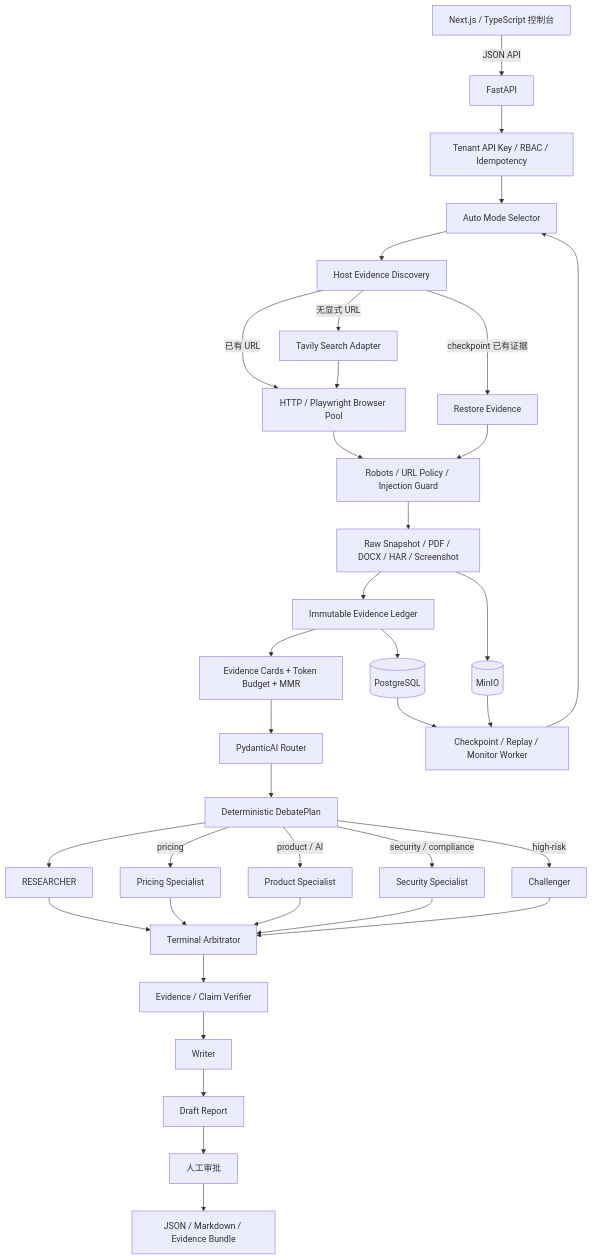
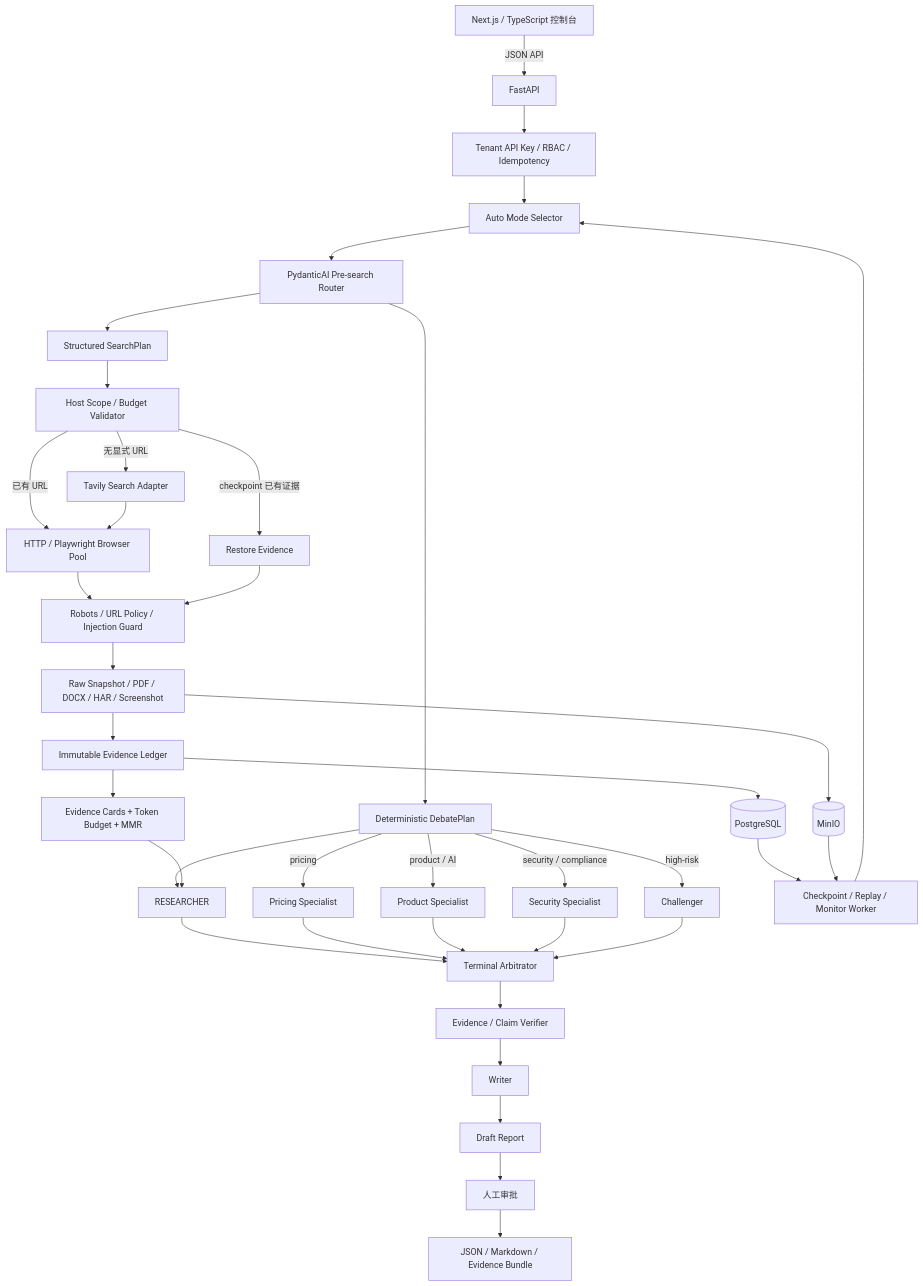
Before and after one commit to oswine/competitor-pilot: the diagram in README.md, drawn with Mermaid. The commit also changed other lines of this file and 7 other files, not shown here.

Commit message:
feat: add structured pre-search routing

````diff
--- a/README.md
+++ b/README.md
@@ -24,38 +24,40 @@
 ```mermaid
 flowchart TD
     UI[Next.js / TypeScript 控制台] -->|JSON API| API[FastAPI]
     API --> AUTH[Tenant API Key / RBAC / Idempotency]
     AUTH --> MODE[Auto Mode Selector]
-    MODE --> DISCOVER[Host Evidence Discovery]
-    DISCOVER -->|无显式 URL| SEARCH[Tavily Search Adapter]
-    DISCOVER -->|已有 URL| BROWSER[HTTP / Playwright Browser Pool]
+    MODE --> ROUTER[PydanticAI Pre-search Router]
+    ROUTER --> SPLAN[Structured SearchPlan]
+    SPLAN --> GATE[Host Scope / Budget Validator]
+    GATE -->|无显式 URL| SEARCH[Tavily Search Adapter]
+    GATE -->|已有 URL| BROWSER[HTTP / Playwright Browser Pool]
     SEARCH --> BROWSER
-    DISCOVER -->|checkpoint 已有证据| RESTORE[Restore Evidence]
+    GATE -->|checkpoint 已有证据| RESTORE[Restore Evidence]
     BROWSER --> GUARD[Robots / URL Policy / Injection Guard]
     RESTORE --> GUARD
     GUARD --> RAW[Raw Snapshot / PDF / DOCX / HAR / Screenshot]
     RAW --> MINIO[(MinIO)]
     RAW --> LEDGER[Immutable Evidence Ledger]
     LEDGER --> PG[(PostgreSQL)]
     LEDGER --> CARDS[Evidence Cards + Token Budget + MMR]
-    CARDS --> ROUTER[PydanticAI Router]
     ROUTER --> PLAN[Deterministic DebatePlan]
     PLAN --> RESEARCHER
+    CARDS --> RESEARCHER
     PLAN -->|pricing| PRICING[Pricing Specialist]
     PLAN -->|product / AI| PRODUCT[Product Specialist]
     PLAN -->|security / compliance| SECURITY[Security Specialist]
     PLAN -->|high-risk| CHALLENGER[Challenger]
     RESEARCHER --> ARBITRATOR[Terminal Arbitrator]
     PRICING --> ARBITRATOR
     PRODUCT --> ARBITRATOR
     SECURITY --> ARBITRATOR
     CHALLENGER --> ARBITRATOR
     ARBITRATOR --> VERIFY[Evidence / Claim Verifier]
     VERIFY --> WRITER[Writer]
     WRITER --> REPORT[Draft Report]
     REPORT --> APPROVAL[人工审批]
     APPROVAL --> EXPORT[JSON / Markdown / Evidence Bundle]
     PG --> REPLAY[Checkpoint / Replay / Monitor Worker]
     MINIO --> REPLAY
     REPLAY --> MODE
 ```
````
